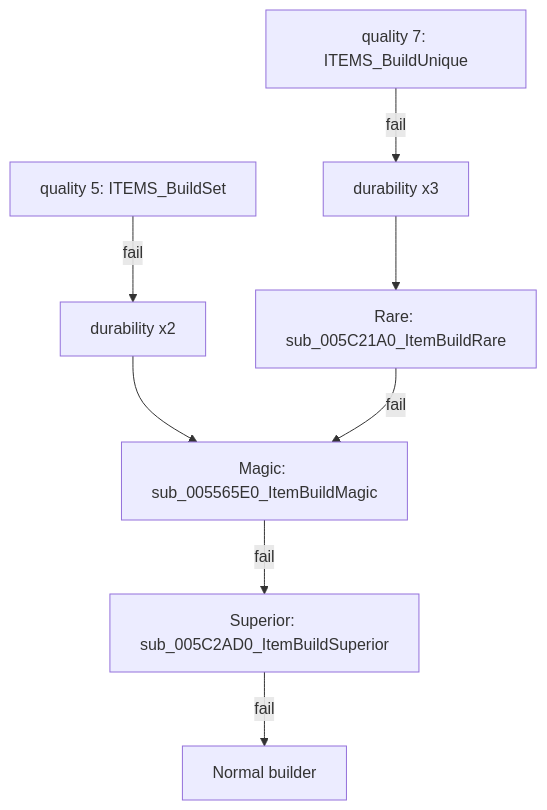
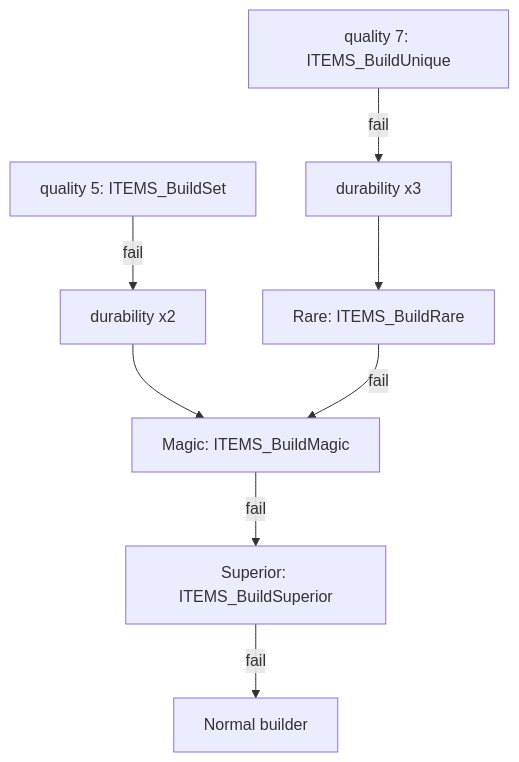
The diagram in docs/findings/items/0004-uniques-sets.md (IgorKonovalov/diablo-2-recompilation), drawn with Mermaid before and after one commit. The commit also changed other lines of this file and 7 other files, not shown here.

````diff
--- a/docs/findings/items/0004-uniques-sets.md
+++ b/docs/findings/items/0004-uniques-sets.md
@@ -497,8 +497,8 @@
 ```mermaid
 flowchart TD
-  U[quality 7: ITEMS_BuildUnique] -->|fail| DU[durability x3] --> R[Rare: sub_005C21A0_ItemBuildRare]
+  U[quality 7: ITEMS_BuildUnique] -->|fail| DU[durability x3] --> R[Rare: ITEMS_BuildRare]
   S5[quality 5: ITEMS_BuildSet] -->|fail| DS[durability x2] --> M
-  R -->|fail| M[Magic: sub_005565E0_ItemBuildMagic]
-  M -->|fail| SU[Superior: sub_005C2AD0_ItemBuildSuperior]
+  R -->|fail| M[Magic: ITEMS_BuildMagic]
+  M -->|fail| SU[Superior: ITEMS_BuildSuperior]
   SU -->|fail| N[Normal builder]
 ```
````
